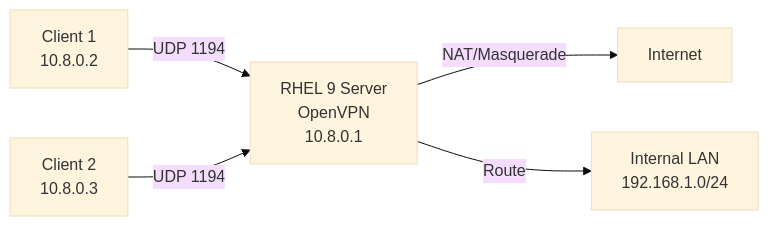
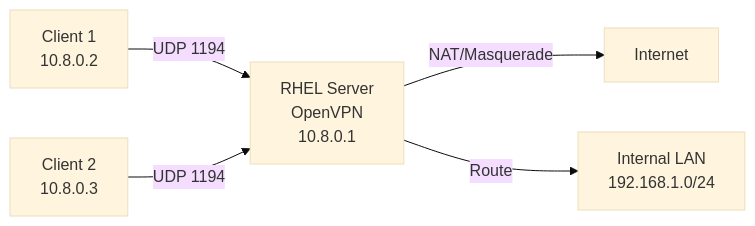
One commit to OneUptime/blog changed the diagram in posts/2026-03-04-install-configure-openvpn-server-rhel-9/README.md. Above: the diagram before and after it, drawn with Mermaid (base theme). The commit also changed other lines of this file and 4866 other files, not shown here.

````diff
--- a/posts/2026-03-04-install-configure-openvpn-server-rhel-9/README.md
+++ b/posts/2026-03-04-install-configure-openvpn-server-rhel-9/README.md
@@ -212,7 +212,7 @@
 ```mermaid
 graph LR
-    C1[Client 1<br>10.8.0.2] -->|UDP 1194| S[RHEL 9 Server<br>OpenVPN<br>10.8.0.1]
+    C1[Client 1<br>10.8.0.2] -->|UDP 1194| S[RHEL Server<br>OpenVPN<br>10.8.0.1]
     C2[Client 2<br>10.8.0.3] -->|UDP 1194| S
     S -->|NAT/Masquerade| I[Internet]
     S -->|Route| LAN[Internal LAN<br>192.168.1.0/24]
 ```
````
